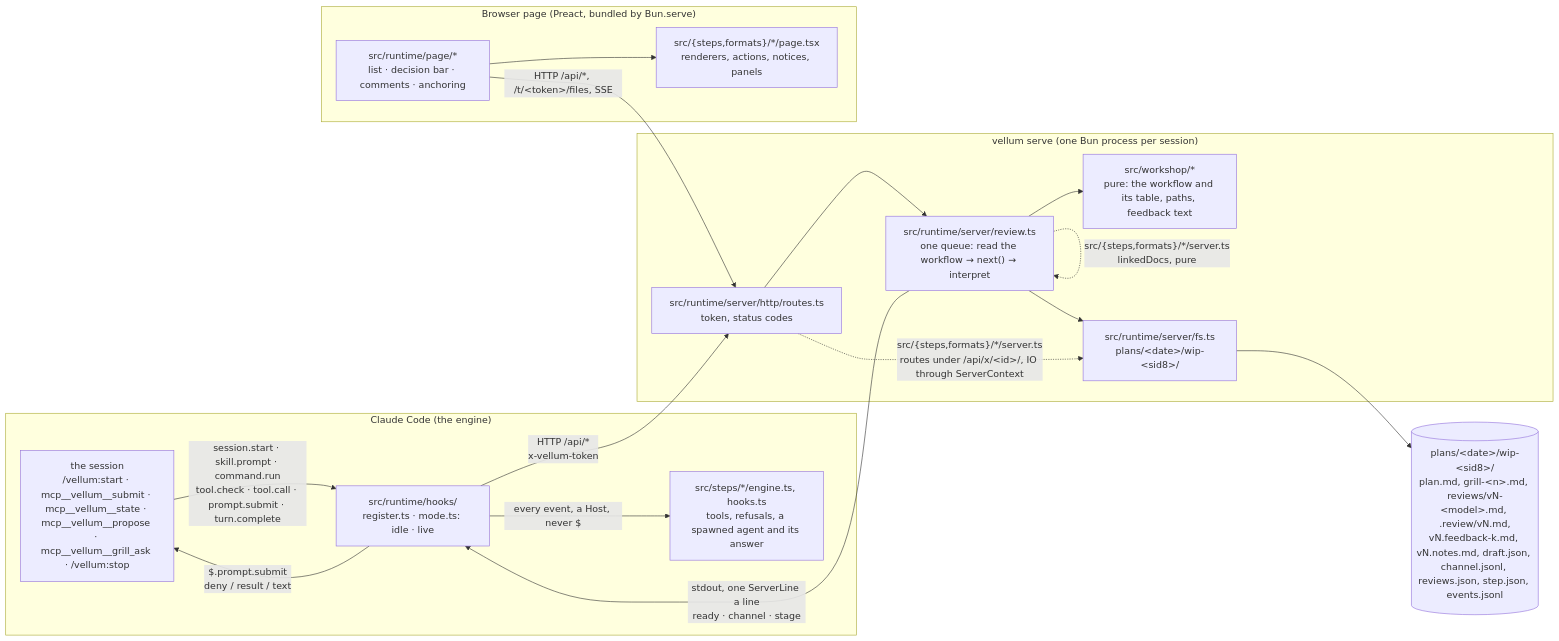
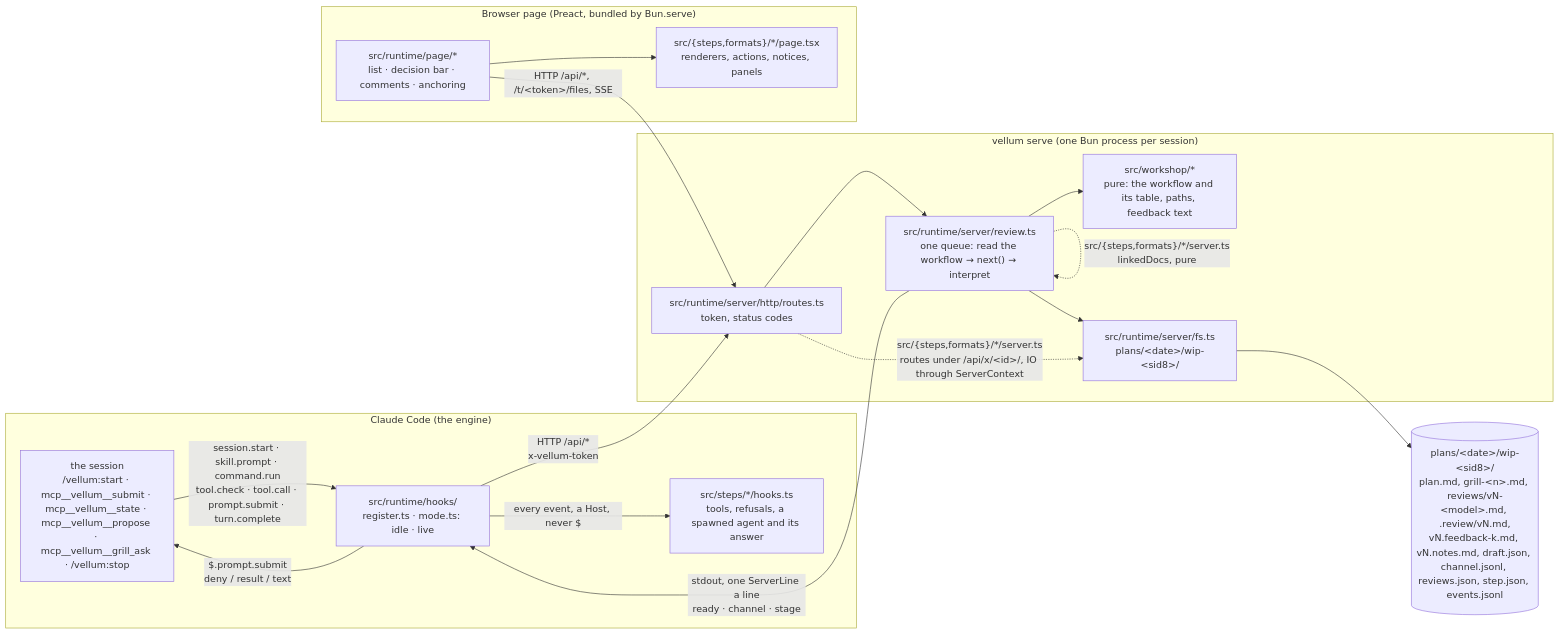
One commit to bengous/claude-code-plugins changed the first of 6 diagrams in vellum/docs/architecture.md. Above: the diagram before and after it, drawn with Mermaid. The commit also changed other lines of this file and 38 other files, not shown here.

````diff
--- a/vellum/docs/architecture.md
+++ b/vellum/docs/architecture.md
@@ -11,31 +11,31 @@
 ```mermaid
 flowchart LR
   subgraph engine["Claude Code (the engine)"]
     CC["the session<br/>/vellum:start · mcp__vellum__submit · mcp__vellum__state · mcp__vellum__propose · mcp__vellum__grill_ask · /vellum:stop"]
     M["src/runtime/hooks/<br/>register.ts · mode.ts: idle · live"]
-    E["src/steps/*/engine.ts, hooks.ts<br/>tools, refusals, a spawned agent and its answer"]
+    E["src/steps/*/hooks.ts<br/>tools, refusals, a spawned agent and its answer"]
     CC -- "session.start · skill.prompt · command.run<br/>tool.check · tool.call · prompt.submit · turn.complete" --> M
     M -- "$.prompt.submit<br/>deny / result / text" --> CC
     M -- "every event, a Host, never $" --> E
   end
   subgraph server["vellum serve (one Bun process per session)"]
     R["src/runtime/server/http/routes.ts<br/>token, status codes"]
     A["src/runtime/server/review.ts<br/>one queue: read the workflow → next() → interpret"]
     T["src/workshop/*<br/>pure: the workflow and its table, paths, feedback text"]
     W["src/runtime/server/fs.ts<br/>plans/&lt;date&gt;/wip-&lt;sid8&gt;/"]
     R --> A --> T
     A --> W
   end
   subgraph page["Browser page (Preact, bundled by Bun.serve)"]
     U["src/runtime/page/*<br/>list · decision bar · comments · anchoring"]
     P["src/{steps,formats}/*/page.tsx<br/>renderers, actions, notices, panels"]
     U --> P
   end
   M -- "HTTP /api/*<br/>x-vellum-token" --> R
   A -- "stdout, one ServerLine a line<br/>ready · channel · stage" --> M
   U -- "HTTP /api/*, /t/&lt;token&gt;/files, SSE" --> R
   A -. "src/{steps,formats}/*/server.ts<br/>linkedDocs, pure" .-> A
   R -. "src/{steps,formats}/*/server.ts<br/>routes under /api/x/&lt;id&gt;/, IO through ServerContext" .-> W
   F[("plans/&lt;date&gt;/wip-&lt;sid8&gt;/<br/>plan.md, grill-&lt;n&gt;.md, reviews/vN-&lt;model&gt;.md, .review/vN.md,<br/>vN.feedback-k.md, vN.notes.md, draft.json, channel.jsonl, reviews.json, step.json, events.jsonl")]
   W --> F
 ```
````
